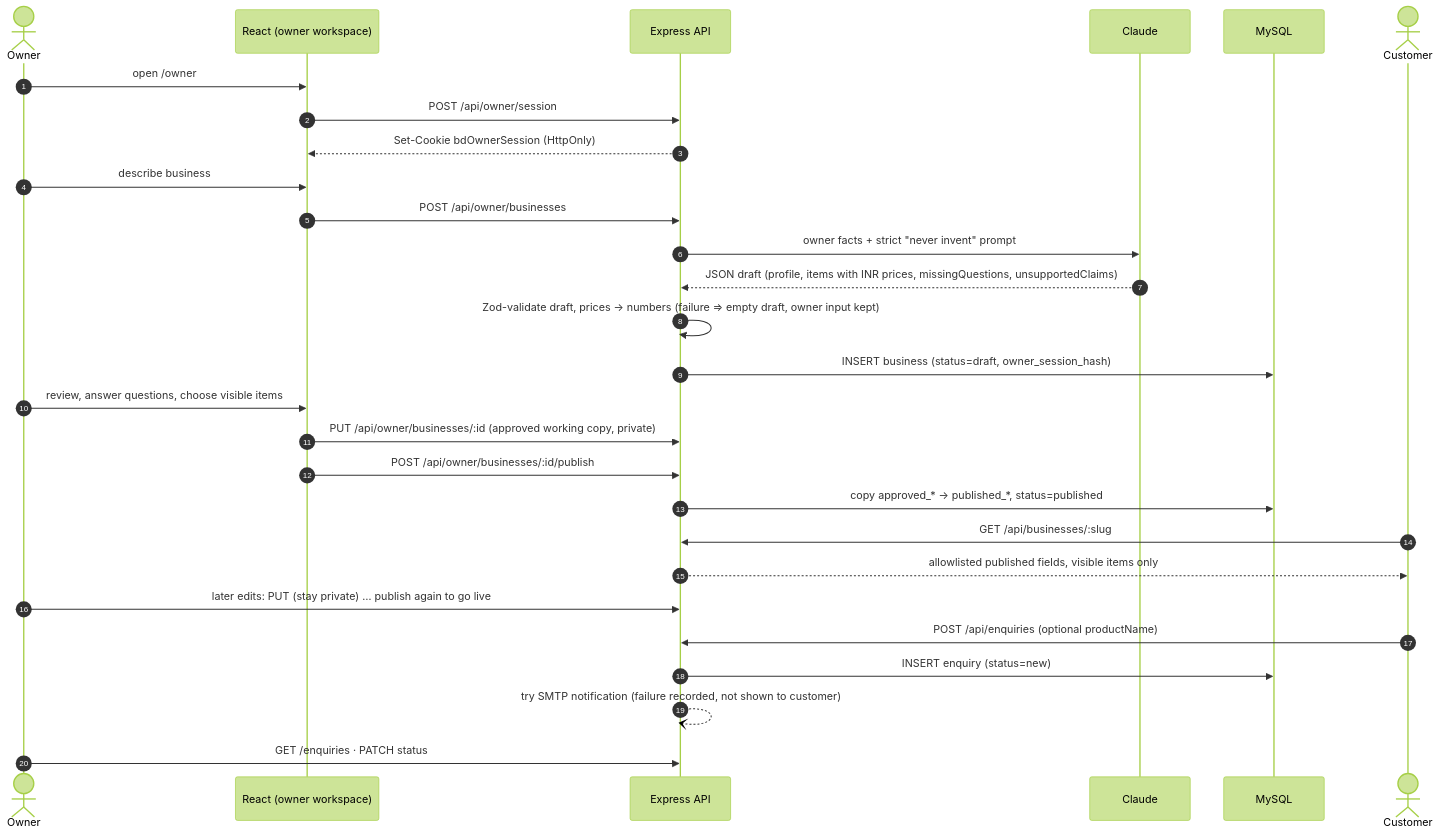
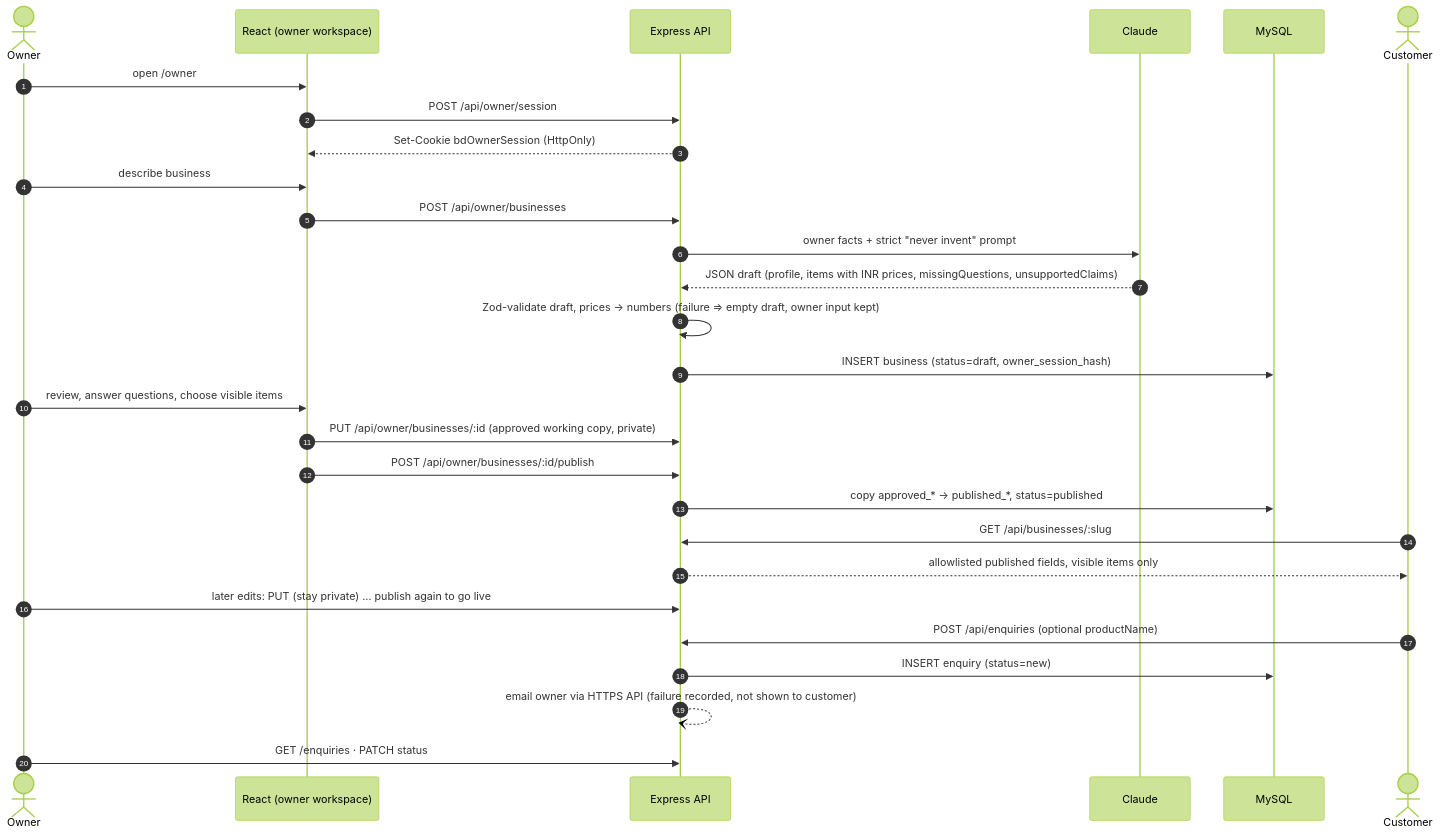
Before and after one commit to sakshi13-m/BizDwaar: the second of 5 diagrams in docs/architecture.md, drawn with Mermaid (forest theme). The commit also changed other lines of this file and 30 other files, not shown here.

First line of the commit message:
Owner email login, logout and admin view

````diff
--- a/docs/architecture.md
+++ b/docs/architecture.md
@@ -49,31 +51,31 @@
 ```mermaid
 sequenceDiagram
   autonumber
   actor Owner
   participant UI as React (owner workspace)
   participant API as Express API
   participant Claude
   participant DB as MySQL
   actor Customer
 
   Owner->>UI: open /owner
   UI->>API: POST /api/owner/session
   API-->>UI: Set-Cookie bdOwnerSession (HttpOnly)
   Owner->>UI: describe business
   UI->>API: POST /api/owner/businesses
   API->>Claude: owner facts + strict "never invent" prompt
   Claude-->>API: JSON draft (profile, items with INR prices, missingQuestions, unsupportedClaims)
   API->>API: Zod-validate draft, prices → numbers (failure ⇒ empty draft, owner input kept)
   API->>DB: INSERT business (status=draft, owner_session_hash)
   Owner->>UI: review, answer questions, choose visible items
   UI->>API: PUT /api/owner/businesses/:id (approved working copy, private)
   UI->>API: POST /api/owner/businesses/:id/publish
   API->>DB: copy approved_* → published_*, status=published
   Customer->>API: GET /api/businesses/:slug
   API-->>Customer: allowlisted published fields, visible items only
   Owner->>API: later edits: PUT (stay private) … publish again to go live
   Customer->>API: POST /api/enquiries (optional productName)
   API->>DB: INSERT enquiry (status=new)
-  API--)API: try SMTP notification (failure recorded, not shown to customer)
+  API--)API: email owner via HTTPS API (failure recorded, not shown to customer)
   Owner->>API: GET /enquiries · PATCH status
 ```
````
